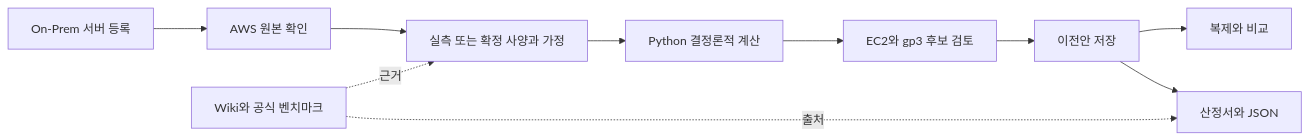
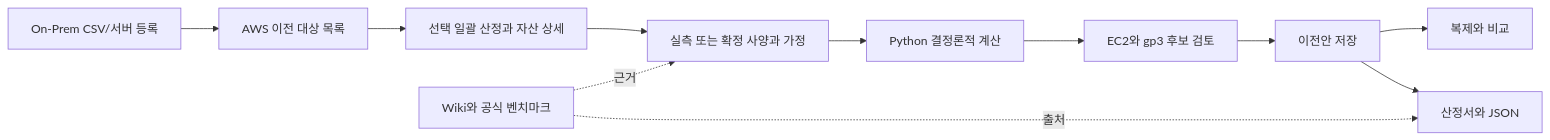
The diagram in docs/WEB_PLAN.md (men16922/capacity-agent), drawn with Mermaid before and after one commit. The commit also changed other lines of this file and 35 other files, not shown here.

````diff
--- a/docs/WEB_PLAN.md
+++ b/docs/WEB_PLAN.md
@@ -24,12 +24,13 @@
 ```mermaid
 flowchart LR
-  A[On-Prem 서버 등록] --> B[AWS 원본 확인]
+  A[On-Prem CSV/서버 등록] --> L[AWS 이전 대상 목록]
+  L --> B[선택 일괄 산정과 자산 상세]
   B --> C[실측 또는 확정 사양과 가정]
   C --> D[Python 결정론적 계산]
   D --> E[EC2와 gp3 후보 검토]
   E --> F[이전안 저장]
   F --> G[복제와 비교]
   F --> H[산정서와 JSON]
   K[Wiki와 공식 벤치마크] -. 근거 .-> C
   K -. 출처 .-> H
 ```
````
